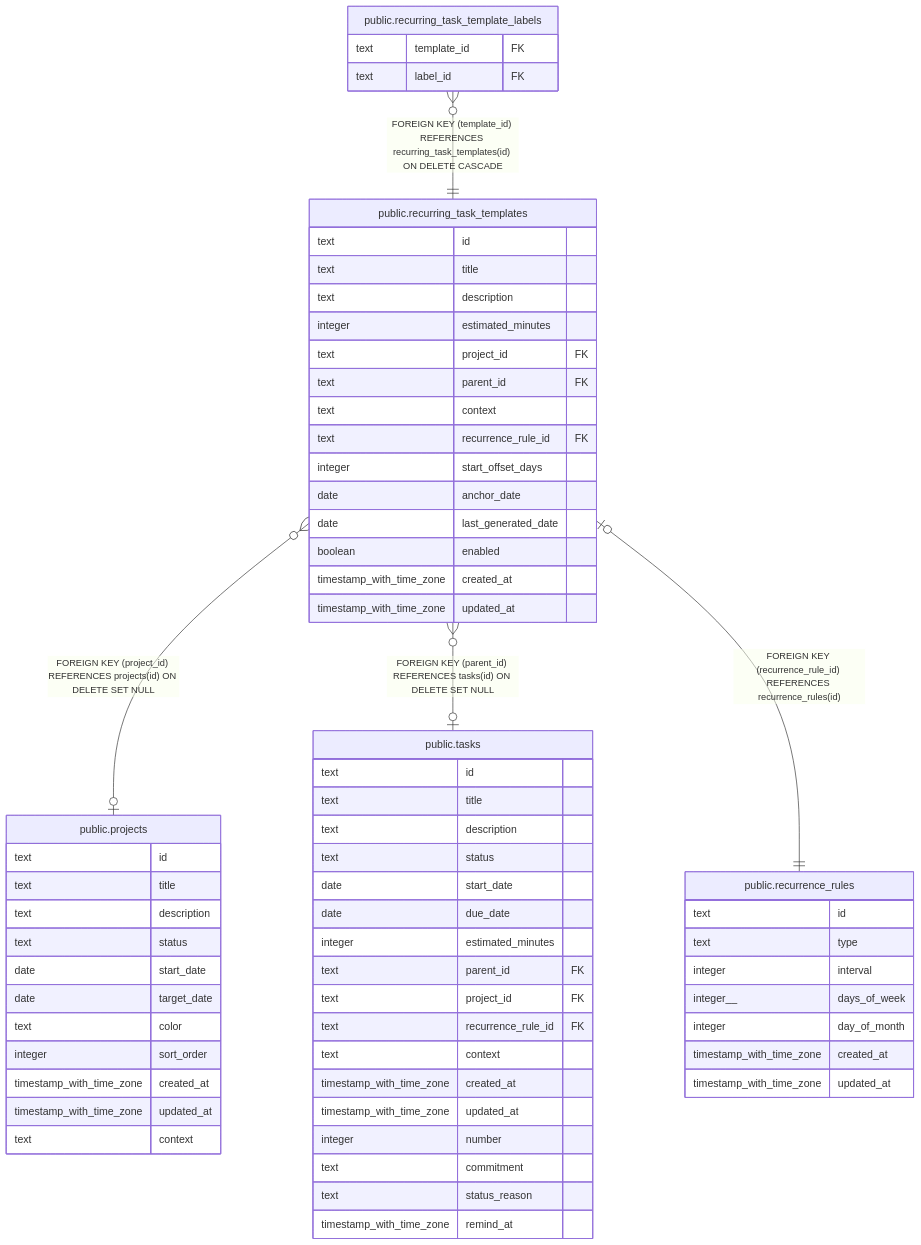
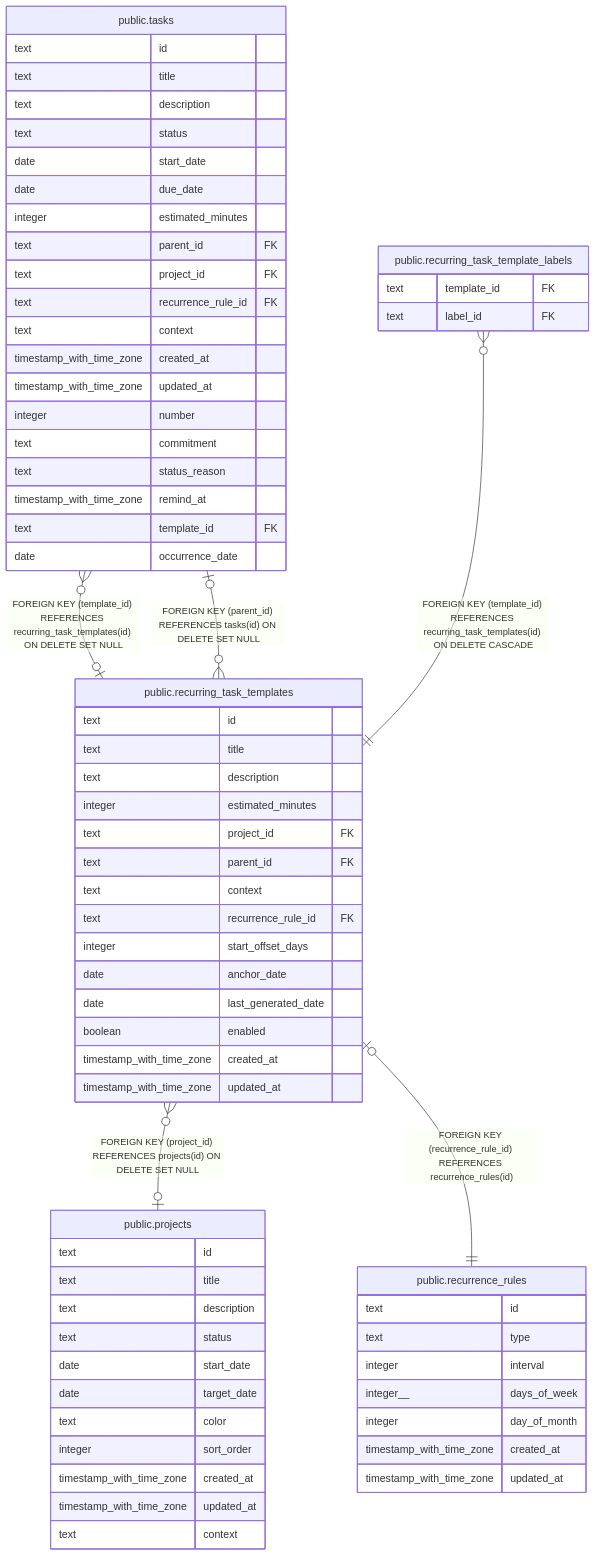
The diagram in docs/db/public.recurring_task_templates.md (fohte/tq), drawn with Mermaid before and after one commit. The commit also changed other lines of this file and 38 other files, not shown here.

Commit message:
api: generate recurring tasks using time-based triggers (#659)

````diff
--- a/docs/db/public.recurring_task_templates.md
+++ b/docs/db/public.recurring_task_templates.md
@@ -46,70 +46,73 @@
 ```mermaid
 erDiagram
 
+"public.tasks" }o--o| "public.recurring_task_templates" : "FOREIGN KEY (template_id) REFERENCES recurring_task_templates(id) ON DELETE SET NULL"
 "public.recurring_task_template_labels" }o--|| "public.recurring_task_templates" : "FOREIGN KEY (template_id) REFERENCES recurring_task_templates(id) ON DELETE CASCADE"
 "public.recurring_task_templates" }o--o| "public.projects" : "FOREIGN KEY (project_id) REFERENCES projects(id) ON DELETE SET NULL"
 "public.recurring_task_templates" }o--o| "public.tasks" : "FOREIGN KEY (parent_id) REFERENCES tasks(id) ON DELETE SET NULL"
 "public.recurring_task_templates" |o--|| "public.recurrence_rules" : "FOREIGN KEY (recurrence_rule_id) REFERENCES recurrence_rules(id)"
 
 "public.recurring_task_templates" {
   text id
   text title
   text description
   integer estimated_minutes
   text project_id FK
   text parent_id FK
   text context
   text recurrence_rule_id FK
   integer start_offset_days
   date anchor_date
   date last_generated_date
   boolean enabled
   timestamp_with_time_zone created_at
   timestamp_with_time_zone updated_at
 }
-"public.recurring_task_template_labels" {
-  text template_id FK
-  text label_id FK
-}
-"public.projects" {
-  text id
-  text title
-  text description
-  text status
-  date start_date
-  date target_date
-  text color
-  integer sort_order
-  timestamp_with_time_zone created_at
-  timestamp_with_time_zone updated_at
-  text context
-}
 "public.tasks" {
   text id
   text title
   text description
   text status
   date start_date
   date due_date
   integer estimated_minutes
   text parent_id FK
   text project_id FK
   text recurrence_rule_id FK
   text context
   timestamp_with_time_zone created_at
   timestamp_with_time_zone updated_at
   integer number
   text commitment
   text status_reason
   timestamp_with_time_zone remind_at
+  text template_id FK
+  date occurrence_date
+}
+"public.recurring_task_template_labels" {
+  text template_id FK
+  text label_id FK
+}
+"public.projects" {
+  text id
+  text title
+  text description
+  text status
+  date start_date
+  date target_date
+  text color
+  integer sort_order
+  timestamp_with_time_zone created_at
+  timestamp_with_time_zone updated_at
+  text context
 }
 "public.recurrence_rules" {
   text id
   text type
   integer interval
   integer__ days_of_week
   integer day_of_month
   timestamp_with_time_zone created_at
   timestamp_with_time_zone updated_at
 }
 ```
````
